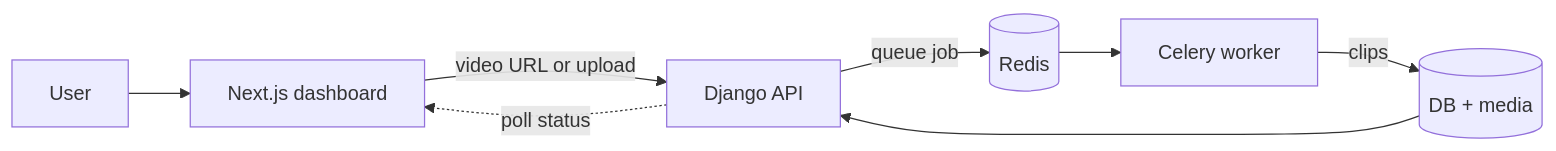
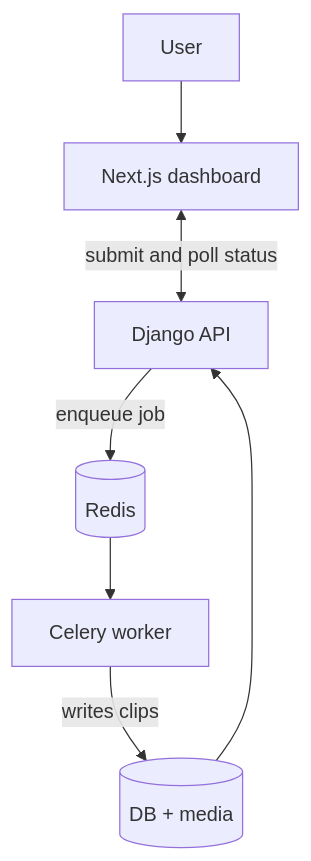
Before and after one commit to Manas-33/moment: the first of 2 diagrams in README.md, drawn with Mermaid.

````diff
--- a/README.md
+++ b/README.md
@@ -12,10 +12,9 @@
 ```mermaid
-flowchart LR
+flowchart TD
     U[User] --> C[Next.js dashboard]
-    C -->|video URL or upload| W[Django API]
-    W -->|queue job| R[(Redis)]
+    C <-->|submit and poll status| W[Django API]
+    W -->|enqueue job| R[(Redis)]
     R --> K[Celery worker]
-    W -.->|poll status| C
-    K -->|clips| DB[(DB + media)]
-    DB --> W
+    K -->|writes clips| D[(DB + media)]
+    D --> W
 ```
````
